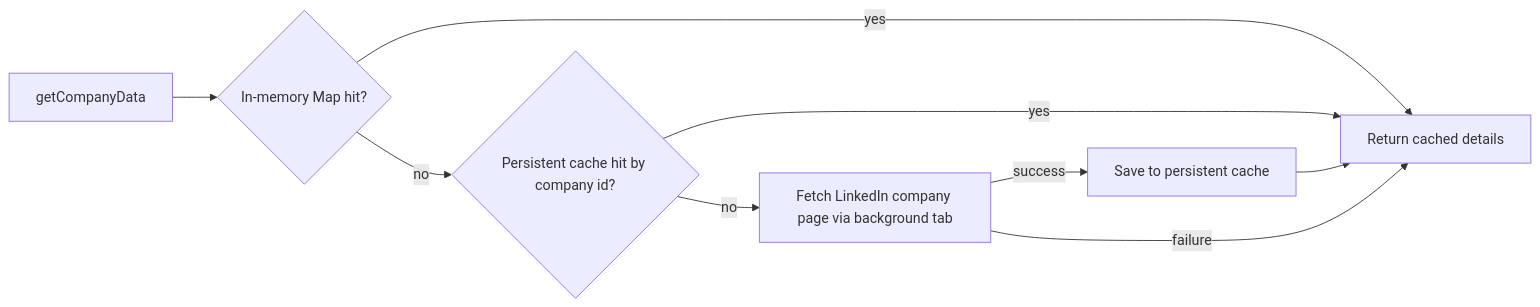
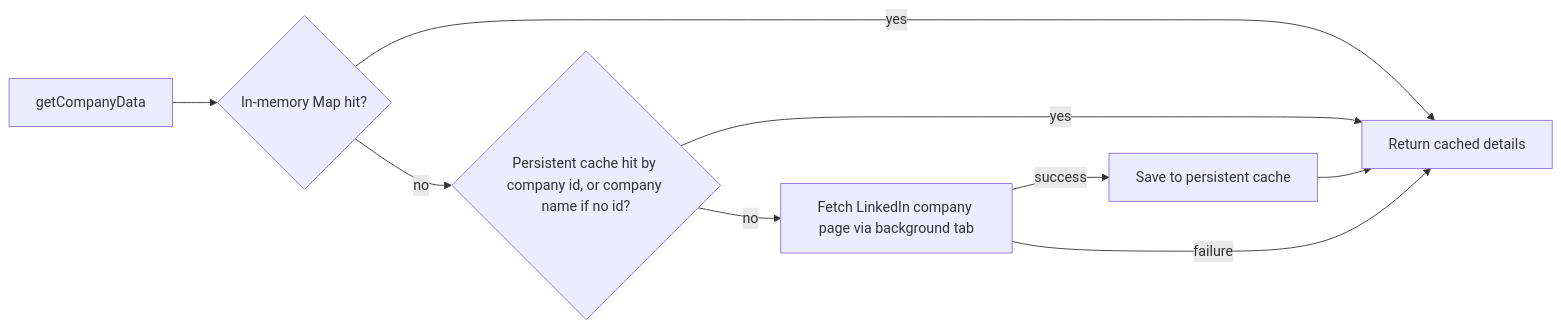
The second of 5 diagrams in docs/architecture.md (VitaliiMysko/LeadGenerator), drawn with Mermaid before and after one commit. The commit also changed other lines of this file and 9 other files, not shown here.

First line of the commit message:
LG-203: Add company-name cache fallback, sync website edits, fix refresh race

````diff
--- a/docs/architecture.md
+++ b/docs/architecture.md
@@ -208,10 +225,10 @@
 ```mermaid
 flowchart LR
     Request[getCompanyData] --> MemCache{In-memory Map hit?}
     MemCache -- yes --> Return[Return cached details]
-    MemCache -- no --> PersistCache{Persistent cache hit by company id?}
+    MemCache -- no --> PersistCache{Persistent cache hit by company id, or company name if no id?}
     PersistCache -- yes --> Return
     PersistCache -- no --> Fetch[Fetch LinkedIn company page via background tab]
     Fetch -- success --> Save[Save to persistent cache] --> Return
     Fetch -- failure --> Return
 ```
````
